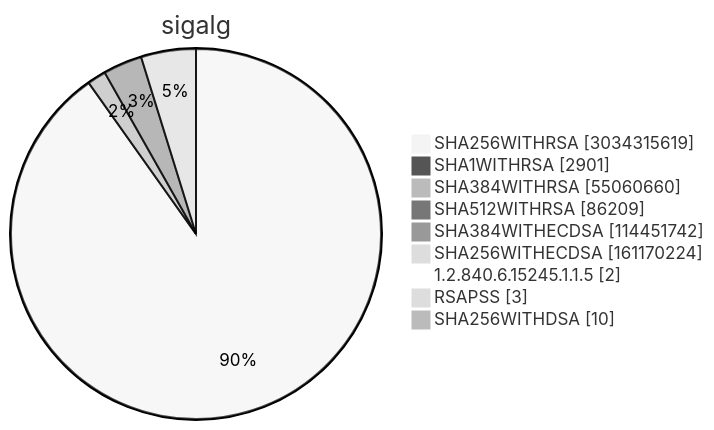
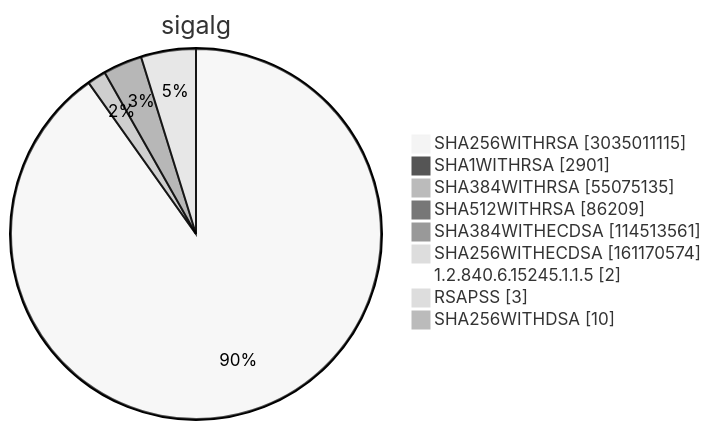
Before and after one commit to christiankrug/ctmonitor_visualization: diagram 15 of 15 in TOTAL/README.md, drawn with Mermaid (neutral theme). The commit also changed other lines of this file, not shown here.

````diff
--- a/TOTAL/README.md
+++ b/TOTAL/README.md
@@ -6208,13 +6208,13 @@
 ```mermaid
 pie showData
 title sigalg
-"SHA256WITHRSA" :3034315619
+"SHA256WITHRSA" :3035011115
 "SHA1WITHRSA" :2901
-"SHA384WITHRSA" :55060660
+"SHA384WITHRSA" :55075135
 "SHA512WITHRSA" :86209
-"SHA384WITHECDSA" :114451742
-"SHA256WITHECDSA" :161170224
+"SHA384WITHECDSA" :114513561
+"SHA256WITHECDSA" :161170574
 "1.2.840.6.15245.1.1.5" :2
 "RSAPSS" :3
 "SHA256WITHDSA" :10
 ```
````
